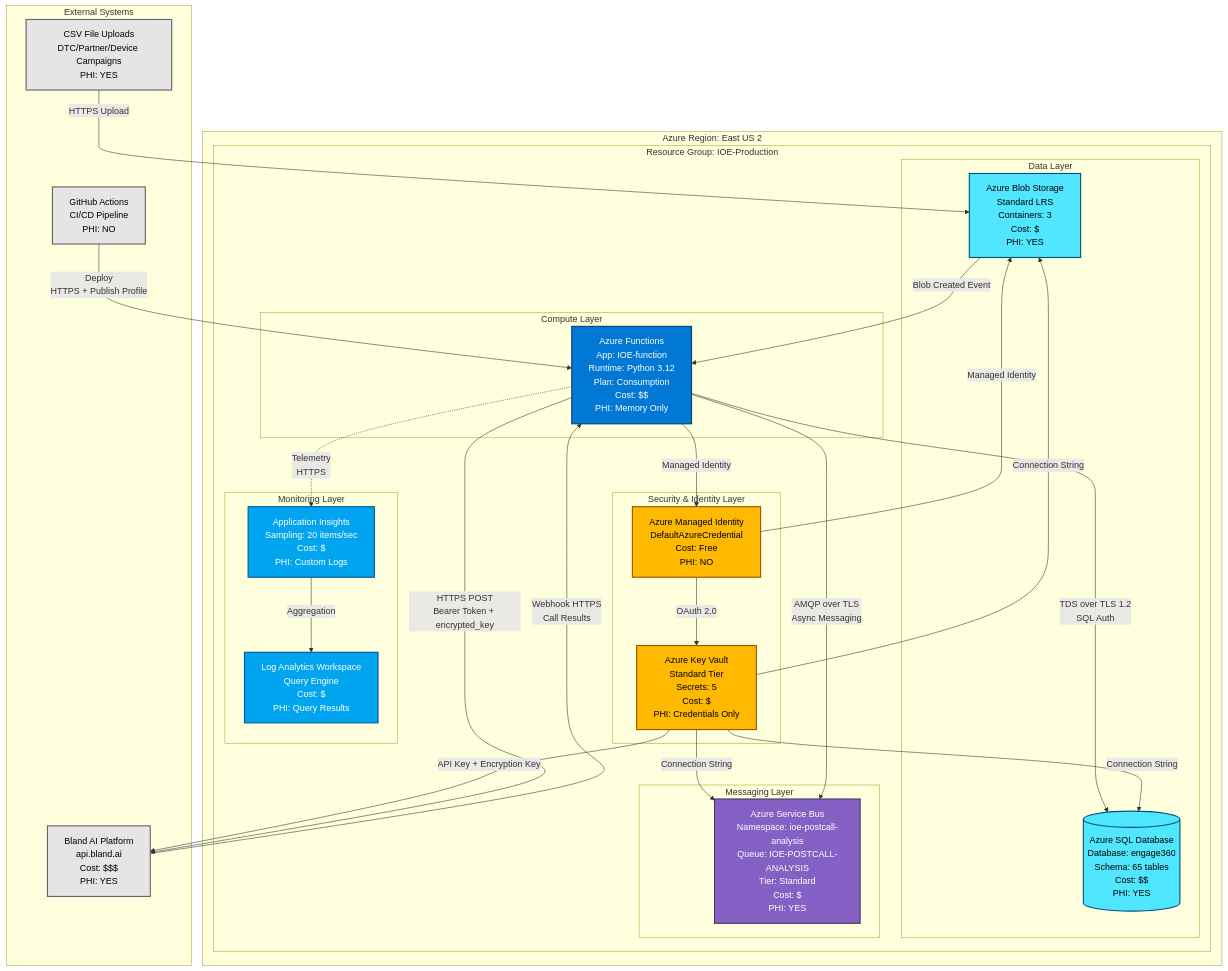
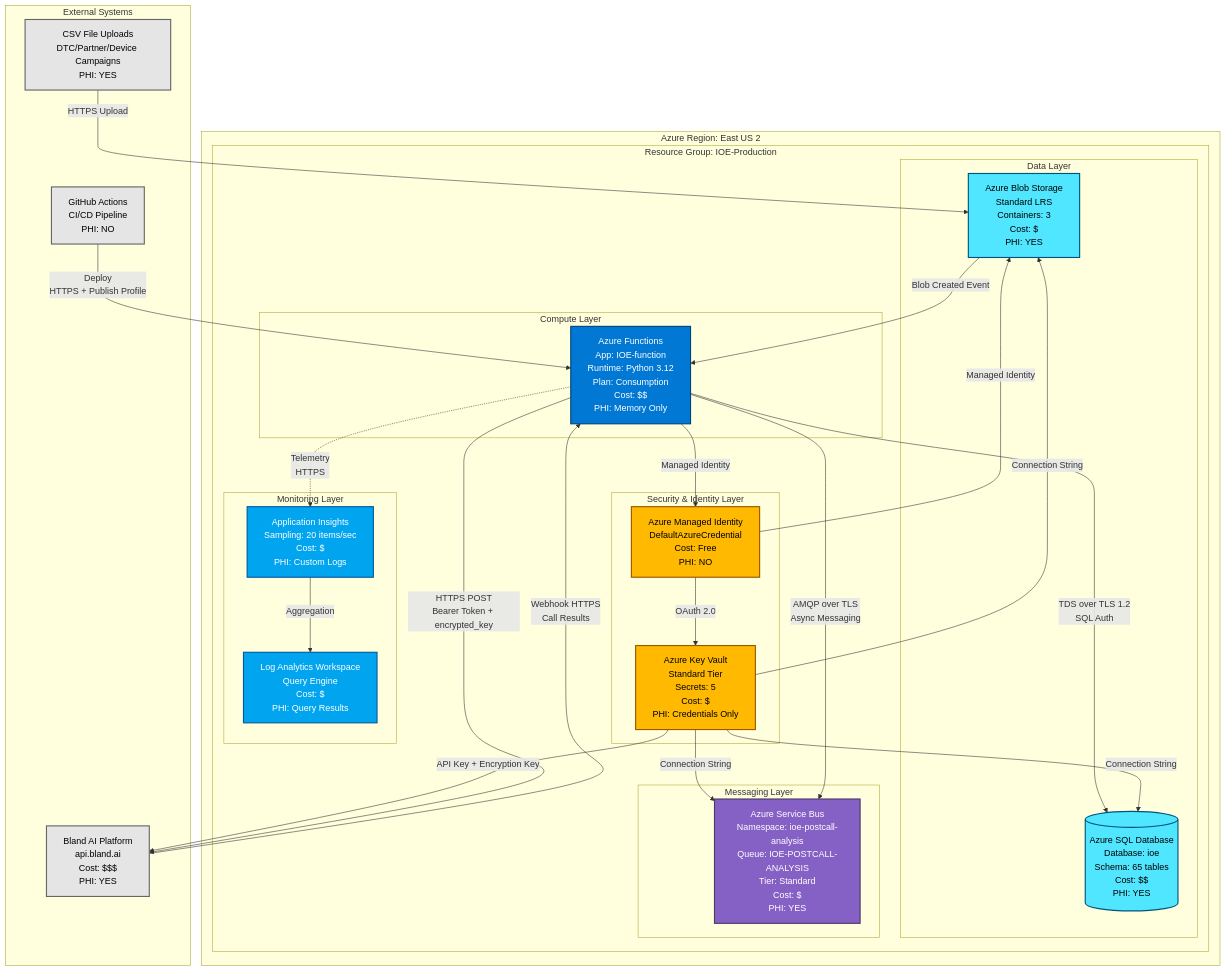
The first of 4 diagrams in documentation/AZURE_INFRASTRUCTURE_TOPOLOGY.md (Medical-Guardian/IOE-SERVICES-DEV), drawn with Mermaid before and after one commit. The commit also changed other lines of this file and 396 other files, not shown here.

````diff
--- a/documentation/AZURE_INFRASTRUCTURE_TOPOLOGY.md
+++ b/documentation/AZURE_INFRASTRUCTURE_TOPOLOGY.md
@@ -61,74 +61,74 @@
 ```mermaid
 graph TB
     subgraph "External Systems"
         CSV[CSV File Uploads<br/>DTC/Partner/Device Campaigns<br/>PHI: YES]
         BlandAI[Bland AI Platform<br/>api.bland.ai<br/>Cost: $$$<br/>PHI: YES]
         GitHub[GitHub Actions<br/>CI/CD Pipeline<br/>PHI: NO]
     end
 
     subgraph "Azure Region: East US 2"
         subgraph "Resource Group: IOE-Production"
 
             subgraph "Compute Layer"
                 Functions[Azure Functions<br/>App: IOE-function<br/>Runtime: Python 3.12<br/>Plan: Consumption<br/>Cost: $$<br/>PHI: Memory Only]
             end
 
             subgraph "Data Layer"
                 Blob[Azure Blob Storage<br/>Standard LRS<br/>Containers: 3<br/>Cost: $<br/>PHI: YES]
-                SQL[(Azure SQL Database<br/>Database: engage360<br/>Schema: 65 tables<br/>Cost: $$<br/>PHI: YES)]
+                SQL[(Azure SQL Database<br/>Database: ioe<br/>Schema: 65 tables<br/>Cost: $$<br/>PHI: YES)]
             end
 
             subgraph "Security & Identity Layer"
                 KV[Azure Key Vault<br/>Standard Tier<br/>Secrets: 5<br/>Cost: $<br/>PHI: Credentials Only]
                 Identity[Azure Managed Identity<br/>DefaultAzureCredential<br/>Cost: Free<br/>PHI: NO]
             end
 
             subgraph "Messaging Layer"
                 ServiceBus[Azure Service Bus<br/>Namespace: ioe-postcall-analysis<br/>Queue: IOE-POSTCALL-ANALYSIS<br/>Tier: Standard<br/>Cost: $<br/>PHI: YES]
             end
 
             subgraph "Monitoring Layer"
                 AppInsights[Application Insights<br/>Sampling: 20 items/sec<br/>Cost: $<br/>PHI: Custom Logs]
                 LogAnalytics[Log Analytics Workspace<br/>Query Engine<br/>Cost: $<br/>PHI: Query Results]
             end
         end
     end
 
     CSV -->|HTTPS Upload| Blob
     Blob -->|Blob Created Event| Functions
 
     Functions -->|Managed Identity| Identity
     Identity -->|OAuth 2.0| KV
     Identity -->|Managed Identity| Blob
 
     Functions -->|TDS over TLS 1.2<br/>SQL Auth| SQL
 
     KV -->|Connection String| SQL
     KV -->|API Key + Encryption Key| BlandAI
     KV -->|Connection String| Blob
     KV -->|Connection String| ServiceBus
 
     Functions -->|HTTPS POST<br/>Bearer Token + encrypted_key| BlandAI
     BlandAI -->|Webhook HTTPS<br/>Call Results| Functions
 
     Functions -->|AMQP over TLS<br/>Async Messaging| ServiceBus
 
     Functions -.->|Telemetry<br/>HTTPS| AppInsights
     AppInsights -->|Aggregation| LogAnalytics
 
     GitHub -->|Deploy<br/>HTTPS + Publish Profile| Functions
 
     classDef azureCompute fill:#0078D4,stroke:#004578,color:#fff,stroke-width:2px
     classDef azureData fill:#50E6FF,stroke:#00537C,color:#000,stroke-width:2px
     classDef azureSecurity fill:#FFB900,stroke:#995700,color:#000,stroke-width:2px
     classDef azureMessaging fill:#8661C5,stroke:#4B3867,color:#fff,stroke-width:2px
     classDef azureMonitoring fill:#00A4EF,stroke:#005A9E,color:#fff,stroke-width:2px
     classDef external fill:#E5E5E5,stroke:#666,color:#000,stroke-width:2px
 
     class Functions azureCompute
     class Blob,SQL azureData
     class KV,Identity azureSecurity
     class ServiceBus azureMessaging
     class AppInsights,LogAnalytics azureMonitoring
     class CSV,BlandAI,GitHub external
 ```
````
